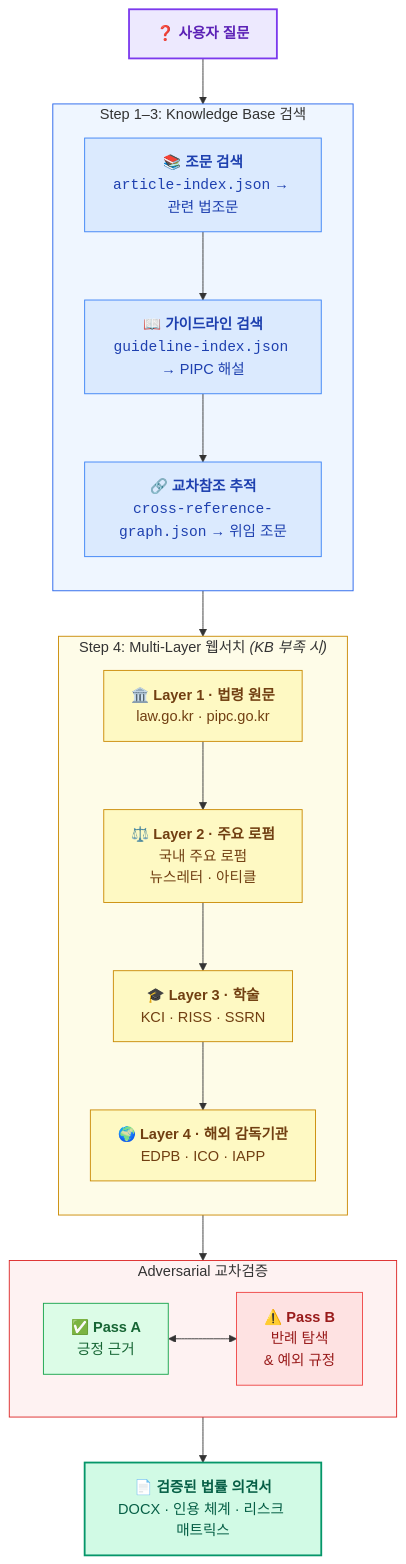
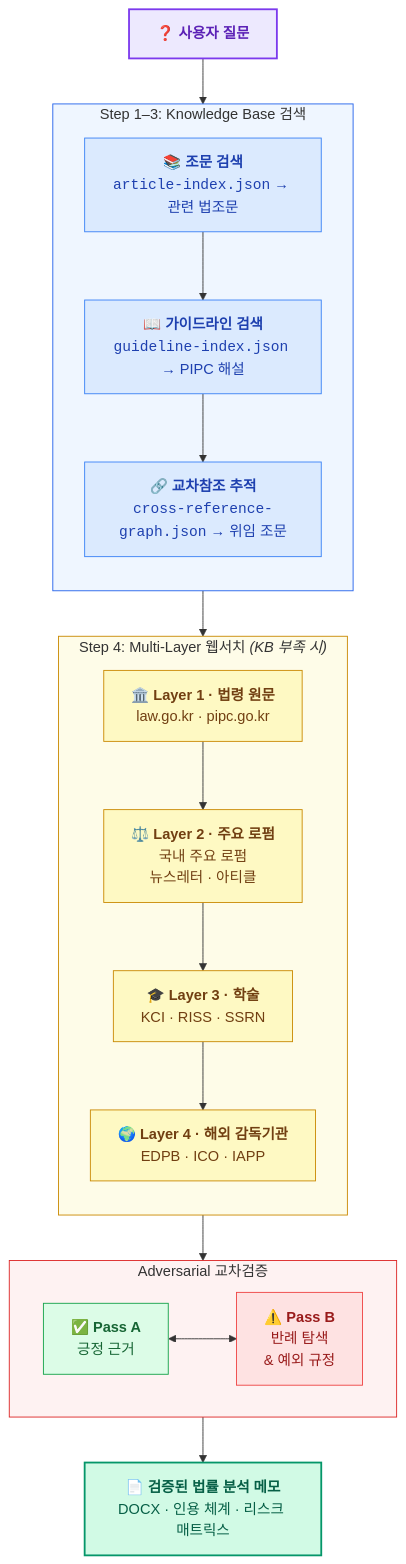
The second of 2 diagrams in README.ko.md (kipeum86/PIPA-expert), drawn with Mermaid before and after one commit. The commit also changed other lines of this file and 6 other files, not shown here.

````diff
--- a/README.ko.md
+++ b/README.ko.md
@@ -251,50 +251,50 @@
 ```mermaid
 flowchart TD
     Q["❓ <b>사용자 질문</b>"]
 
     subgraph kb["Step 1–3: Knowledge Base 검색"]
         direction TB
         S1["📚 <b>조문 검색</b><br/><code>article-index.json</code> → 관련 법조문"]
         S2["📖 <b>가이드라인 검색</b><br/><code>guideline-index.json</code> → PIPC 해설"]
         S3["🔗 <b>교차참조 추적</b><br/><code>cross-reference-graph.json</code> → 위임 조문"]
         S1 --> S2 --> S3
     end
 
     subgraph web["Step 4: Multi-Layer 웹서치 <i>(KB 부족 시)</i>"]
         direction TB
         L1["🏛️ <b>Layer 1 · 법령 원문</b><br/>law.go.kr · pipc.go.kr"]
         L2["⚖️ <b>Layer 2 · 주요 로펌</b><br/>국내 주요 로펌<br/>뉴스레터 · 아티클"]
         L3["🎓 <b>Layer 3 · 학술</b><br/>KCI · RISS · SSRN"]
         L4["🌍 <b>Layer 4 · 해외 감독기관</b><br/>EDPB · ICO · IAPP"]
         L1 --> L2 --> L3 --> L4
     end
 
     subgraph verify["Adversarial 교차검증"]
         direction LR
         PA["✅ <b>Pass A</b><br/>긍정 근거"]
         PB["⚠️ <b>Pass B</b><br/>반례 탐색<br/>&amp; 예외 규정"]
         PA <--> PB
     end
 
-    O["📄 <b>검증된 법률 의견서</b><br/>DOCX · 인용 체계 · 리스크 매트릭스"]
+    O["📄 <b>검증된 법률 분석 메모</b><br/>DOCX · 인용 체계 · 리스크 매트릭스"]
 
     Q --> kb
     kb --> web
     web --> verify
     verify --> O
 
     style Q fill:#ede9fe,stroke:#7c3aed,stroke-width:2px,color:#5b21b6
     style kb fill:#eff6ff,stroke:#2563eb,stroke-width:1px
     style web fill:#fefce8,stroke:#ca8a04,stroke-width:1px
     style verify fill:#fef2f2,stroke:#dc2626,stroke-width:1px
     style O fill:#d1fae5,stroke:#059669,stroke-width:2px,color:#065f46
     style S1 fill:#dbeafe,stroke:#3b82f6,color:#1e40af
     style S2 fill:#dbeafe,stroke:#3b82f6,color:#1e40af
     style S3 fill:#dbeafe,stroke:#3b82f6,color:#1e40af
     style L1 fill:#fef9c3,stroke:#ca8a04,color:#713f12
     style L2 fill:#fef9c3,stroke:#ca8a04,color:#713f12
     style L3 fill:#fef9c3,stroke:#ca8a04,color:#713f12
     style L4 fill:#fef9c3,stroke:#ca8a04,color:#713f12
     style PA fill:#dcfce7,stroke:#16a34a,color:#166534
     style PB fill:#fee2e2,stroke:#ef4444,color:#991b1b
 ```
````
